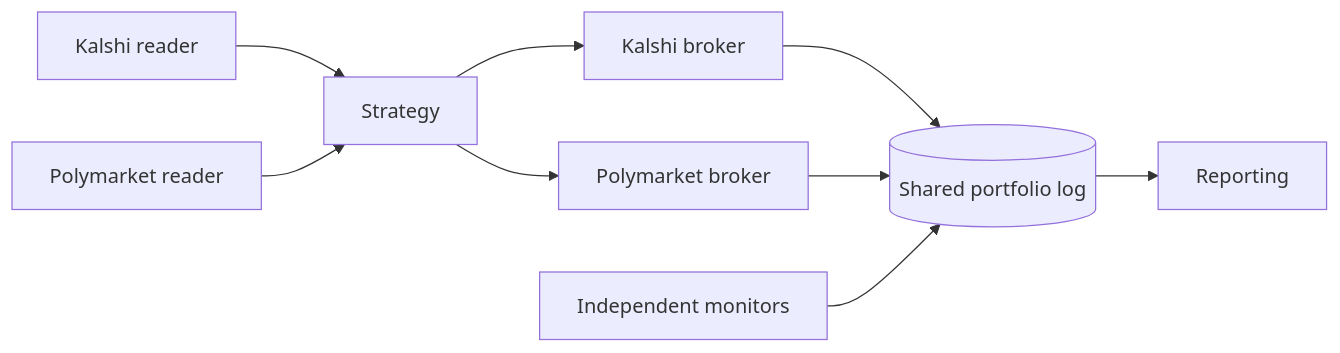
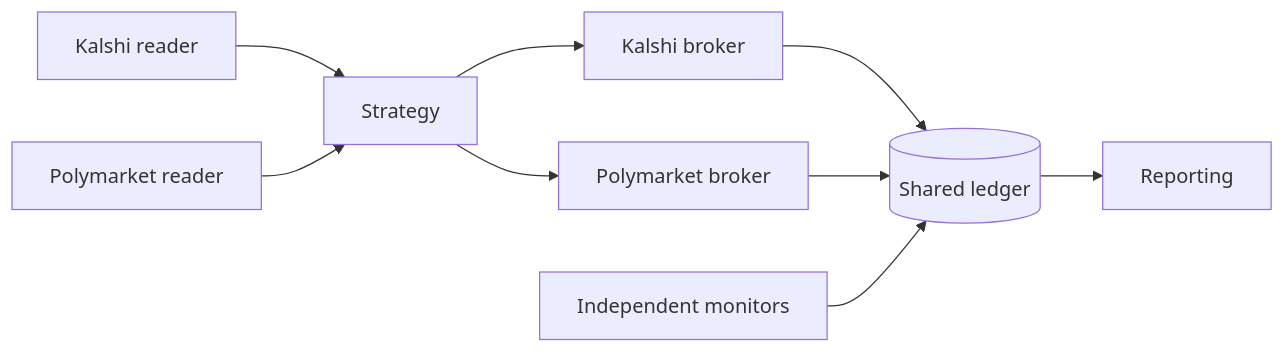
Before and after one commit to Zack-Ellington/cz-quant: the diagram in strategies/cross-market-polymarket/README.md, drawn with Mermaid. The commit also changed other lines of this file and 32 other files, not shown here.

````diff
--- a/strategies/cross-market-polymarket/README.md
+++ b/strategies/cross-market-polymarket/README.md
@@ -19,11 +19,11 @@
 ```mermaid
 flowchart LR
     K[Kalshi reader] --> S[Strategy]
     P[Polymarket reader] --> S
     S --> KB[Kalshi broker]
     S --> PB[Polymarket broker]
-    KB --> L[(Shared portfolio log)]
+    KB --> L[(Shared ledger)]
     PB --> L
     M[Independent monitors] --> L
     L --> R[Reporting]
 ```
````
